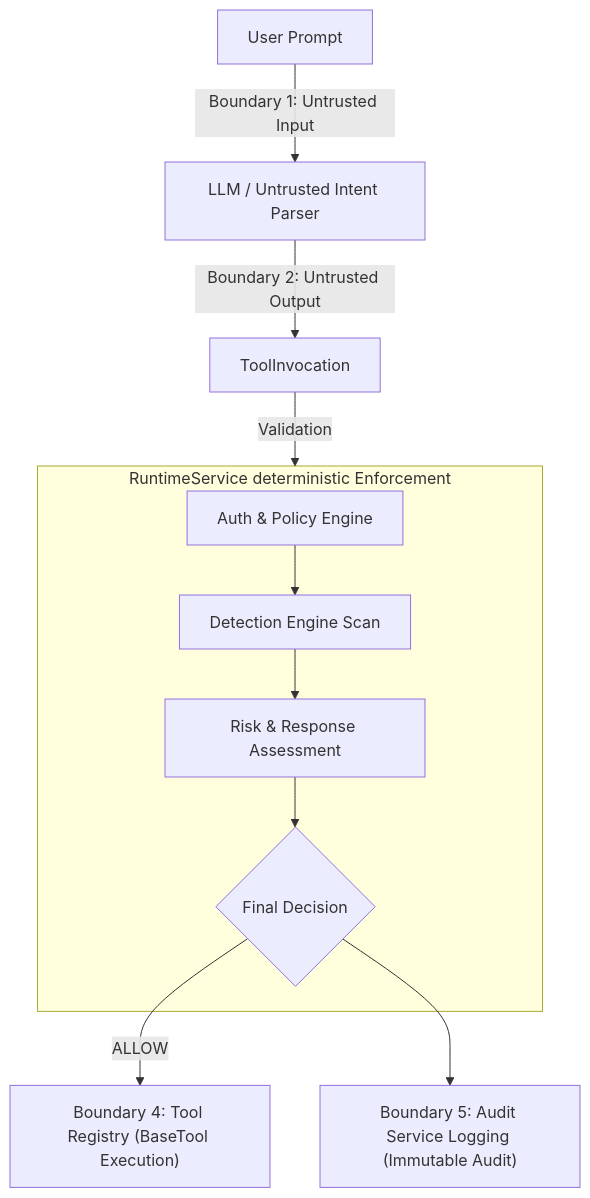
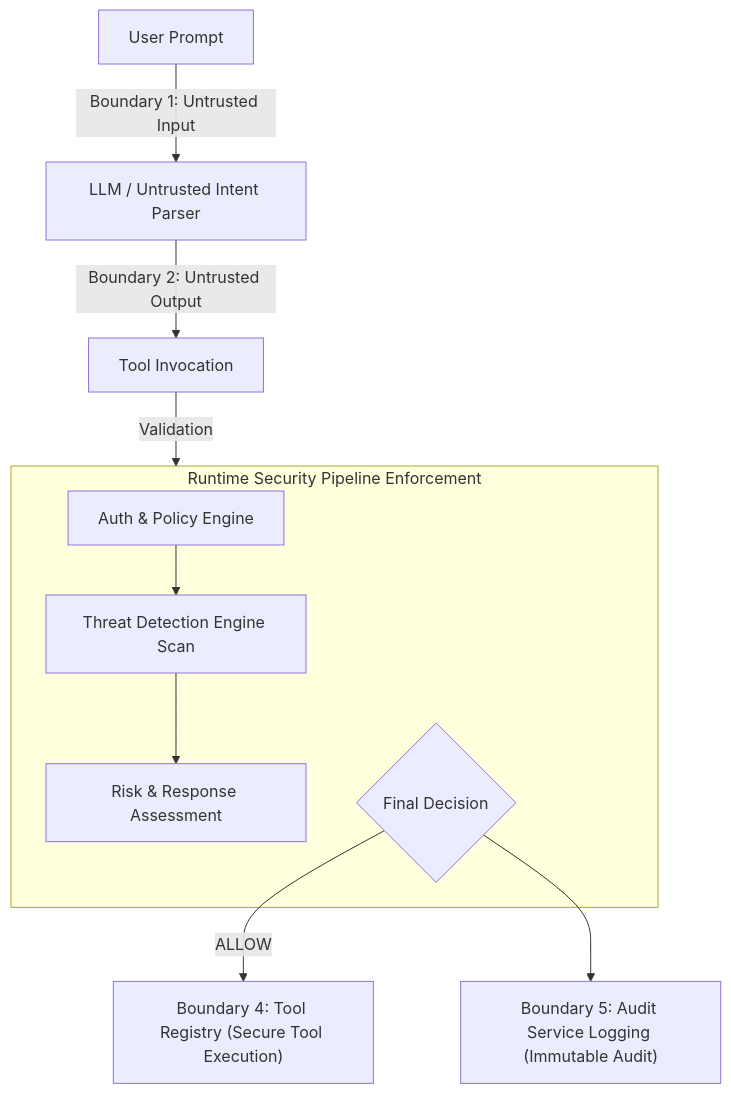
One commit to mathurshubh/enterprise-agent-security-platform changed the diagram in docs/security/threat-model.md. Above: the diagram before and after it, drawn with Mermaid. The commit also changed other lines of this file and 4 other files, not shown here.

First line of the commit message:
docs: refine enterprise architecture and security documentation (#60)

````diff
--- a/docs/security/threat-model.md
+++ b/docs/security/threat-model.md
@@ -50,15 +62,15 @@
 ```mermaid
 flowchart TD
     User[User Prompt] -->|Boundary 1: Untrusted Input| LLM[LLM / Untrusted Intent Parser]
-    LLM -->|Boundary 2: Untrusted Output| ToolInvoc[ToolInvocation]
-    ToolInvoc -->|Validation| SecBoundary["Boundary 3: RuntimeService Security Boundary"]
+    LLM -->|Boundary 2: Untrusted Output| ToolInvoc[Tool Invocation]
+    ToolInvoc -->|Validation| SecBoundary["Boundary 3: Runtime Security Pipeline"]
     
-    subgraph SecBoundary [RuntimeService deterministic Enforcement]
-        AuthPolicy[Auth & Policy Engine] --> DetEngine[Detection Engine Scan]
+    subgraph SecBoundary [Runtime Security Pipeline Enforcement]
+        AuthPolicy[Auth & Policy Engine] --> DetEngine[Threat Detection Engine Scan]
         DetEngine --> RiskResp[Risk & Response Assessment]
-        RiskResp --> FinalDec{Final Decision}
+        FinalDec{Final Decision}
     end
 
-    FinalDec -->|ALLOW| AuthTool["Boundary 4: Tool Registry (BaseTool Execution)"]
+    FinalDec -->|ALLOW| AuthTool["Boundary 4: Tool Registry (Secure Tool Execution)"]
     FinalDec --> Audit["Boundary 5: Audit Service Logging (Immutable Audit)"]
 ```
````
